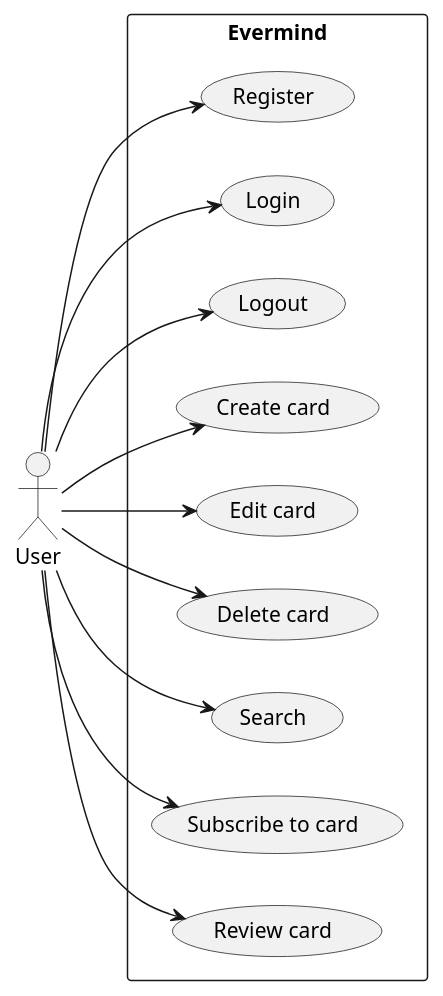
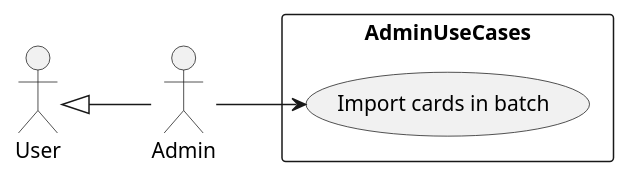
The diagram in app/doc/use-cases.puml (ferllop/evermind), drawn with PlantUML before and after one commit. The commit also changed 7 other files, not shown here.

```diff
--- a/app/doc/use-cases.puml
+++ b/app/doc/use-cases.puml
@@ -1,26 +1,59 @@
 @startuml
 'https://plantuml.com/use-case-diagram
 left to right direction
+'rectangle LoginUseCases {
+'    usecase "Register"
+'    usecase "Login"
+'    usecase "Logout"
+'}
+'
+'rectangle SettingsUseCases{
+'    usecase "Change starting day hour"
+'    usecase "Change his own name"
+'}
+'
+'User -up-> (Register)
+'User -up-> (Login)
+'User -up-> (Logout)
+'User -down-> (Change starting day hour)
+'User -down-> (Change his own name)
 
-rectangle Evermind {
-    usecase "Register"
-    usecase "Login"
-    usecase "Logout"
-    usecase "Create card"
-    usecase "Edit card"
-    usecase "Delete card"
-    usecase "Search"
-    usecase "Subscribe to card"
-    usecase "Review card"
+
+'rectangle ApplicationUseCases_partA{
+'    usecase "Create card"
+'    usecase "Edit own card"
+'    usecase "Delete own card"
+'    usecase "Review card"
+'}
+'
+'rectangle ApplicationUseCases_partB{
+'    usecase "Search"
+'    usecase "List cards"
+'    usecase "List own subscriptions"
+'    usecase "List created cards"
+'    usecase "Subscribe to card"
+'    usecase "Unsubscribe to card"
+'}
+'
+'User -up-> (Create card)
+'User -up-> (Edit own card)
+'User -up-> (Delete own card)
+'User -up-> (Review card)
+'User -down-> (Search)
+'(Search) -down-> (List cards) : <<Include>>
+'User -down-> (List own subscriptions)
+'(List own subscriptions) -down-> (List cards) : <<Include>>
+'User -down-> (List created cards)
+'(List created cards) -down-> (List cards) : <<Include>>
+'User -down-> (Subscribe to card)
+'User -down-> (Unsubscribe to card)
+
+
+rectangle AdminUseCases{
+    usecase "Import cards in batch"
 }
 
-User --> (Register)
-User --> (Login)
-User --> (Logout)
-User --> (Delete card)
-User --> (Edit card)
-User --> (Create card)
-User --> (Search)
-User --> (Subscribe to card)
-User --> (Review card)
+Admin -up-|> User
+Admin --> (Import cards in batch)
+
 @enduml
```
